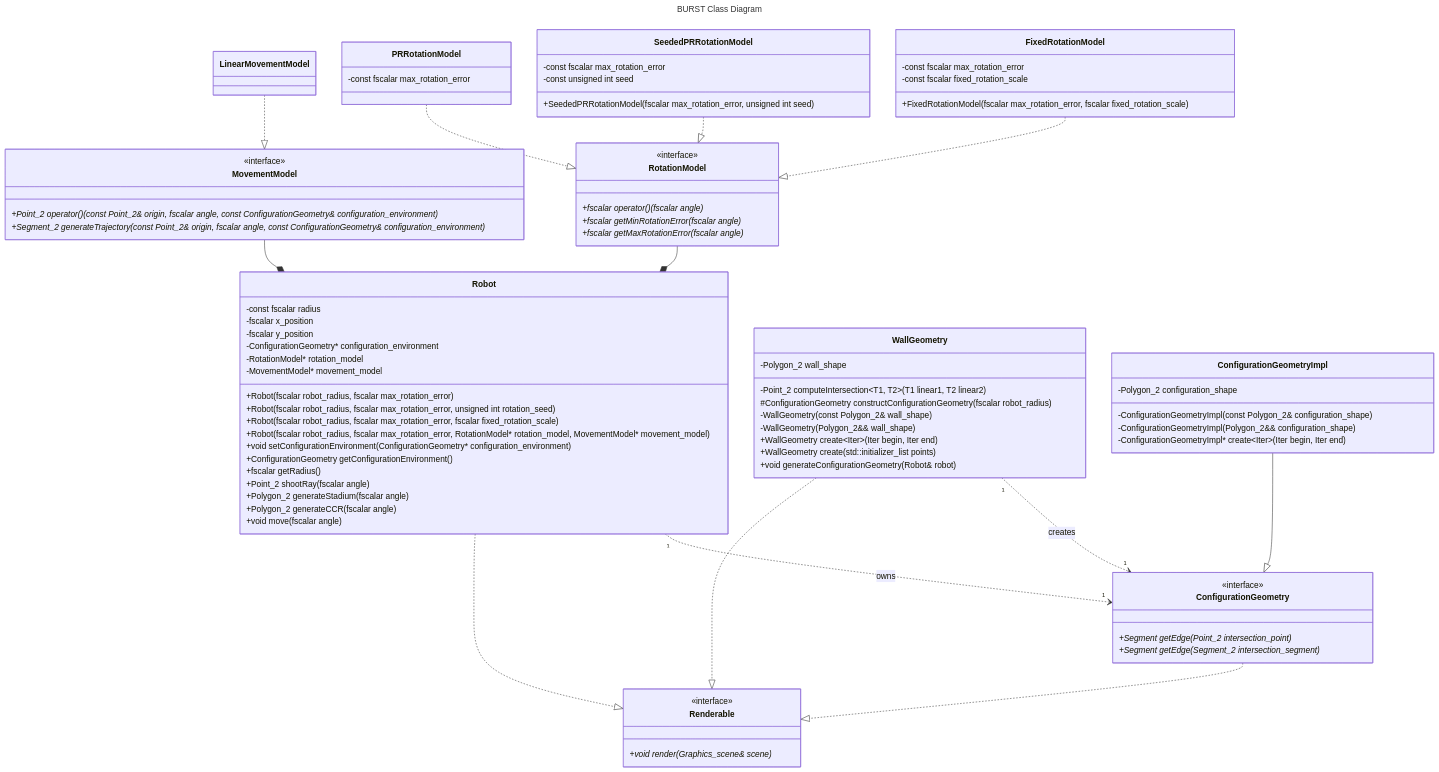
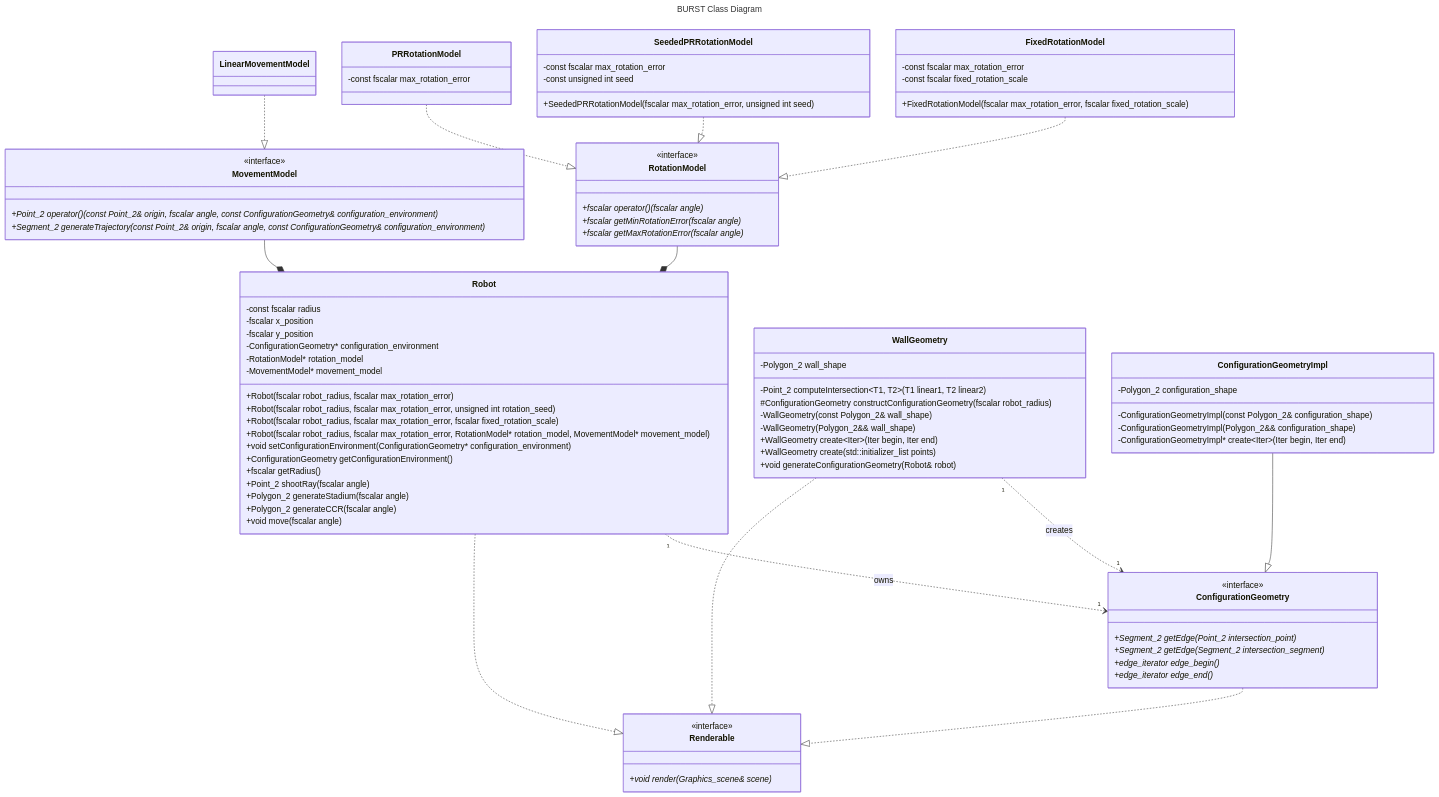
One commit to KedarPanchal/DAIR-BURST changed the diagram in docs/DESIGN.md. Above: the diagram before and after it, drawn with Mermaid. The commit also changed 3 other files, not shown here.

```diff
--- a/docs/DESIGN.md
+++ b/docs/DESIGN.md
@@ -98,8 +98,10 @@
     WallGeometry ..|> Renderable
 
     class ConfigurationGeometry {
-        +Segment getEdge(Point_2 intersection_point)*
-        +Segment getEdge(Segment_2 intersection_segment)*
+        +Segment_2 getEdge(Point_2 intersection_point)*
+        +Segment_2 getEdge(Segment_2 intersection_segment)*
+        +edge_iterator edge_begin()*
+        +edge_iterator edge_end()*
     }
     <<interface>> ConfigurationGeometry
     ConfigurationGeometry ..|> Renderable
```
